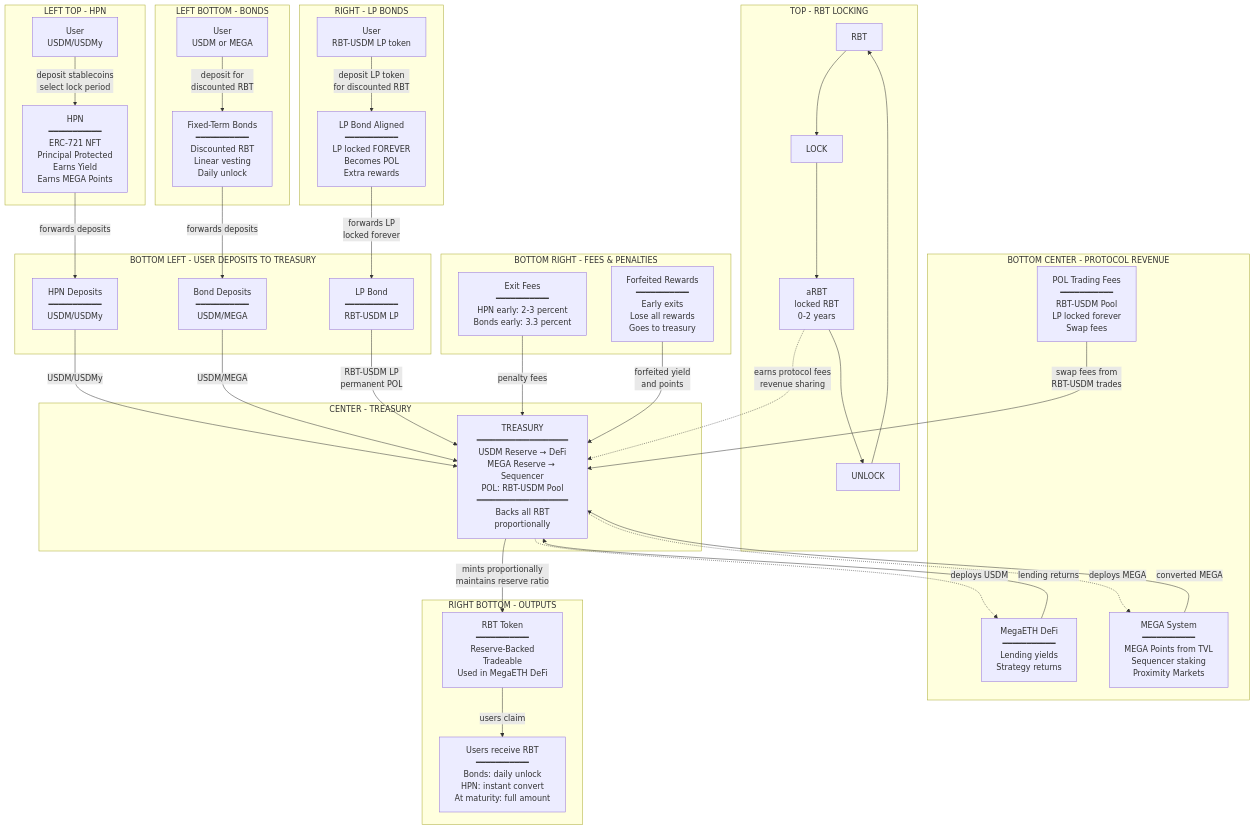
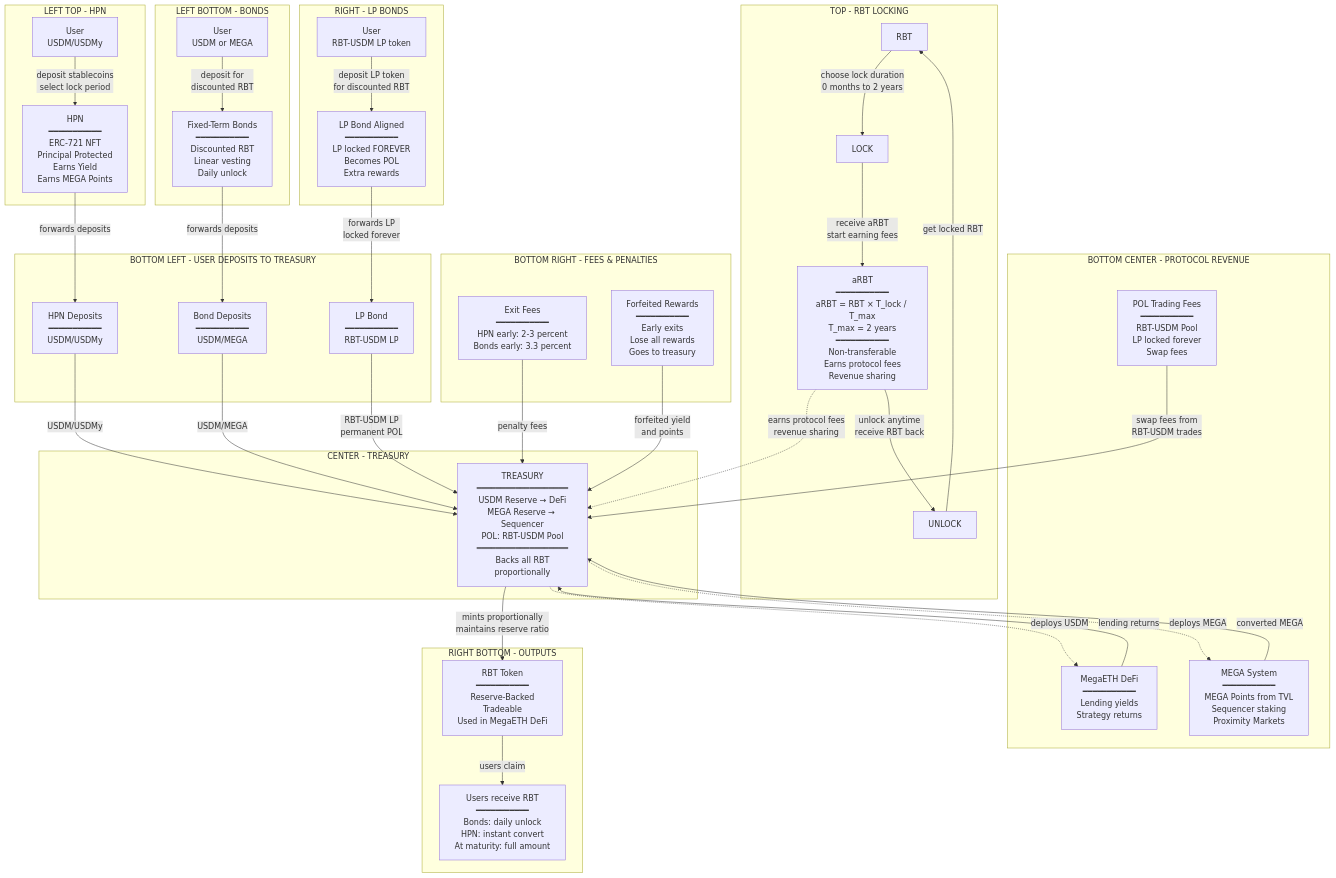
The diagram in blackhaven-complete-system.md (0xJaehaerys/ohmega), drawn with Mermaid before and after one commit.

Commit message:
Add aRBT details: formula, unlock conditions, protocol fees earning

```diff
--- a/blackhaven-complete-system.md
+++ b/blackhaven-complete-system.md
@@ -8,12 +8,12 @@
         RBT_TOP[RBT]
         LOCK_BTN[LOCK]
         UNLOCK_BTN[UNLOCK]
-        ARBT_LOCKED[aRBT<br/>locked RBT<br/>0-2 years]
+        ARBT_LOCKED[aRBT<br/>━━━━━━━━━━━<br/>aRBT = RBT × T_lock / T_max<br/>T_max = 2 years<br/>━━━━━━━━━━━<br/>Non-transferable<br/>Earns protocol fees<br/>Revenue sharing]
         
-        RBT_TOP --> LOCK_BTN
-        LOCK_BTN --> ARBT_LOCKED
-        ARBT_LOCKED --> UNLOCK_BTN
-        UNLOCK_BTN --> RBT_TOP
+        RBT_TOP -->|choose lock duration<br/>0 months to 2 years| LOCK_BTN
+        LOCK_BTN -->|receive aRBT<br/>start earning fees| ARBT_LOCKED
+        ARBT_LOCKED -->|unlock anytime<br/>receive RBT back| UNLOCK_BTN
+        UNLOCK_BTN -->|get locked RBT| RBT_TOP
     end
     
     subgraph "LEFT TOP - HPN"
```
